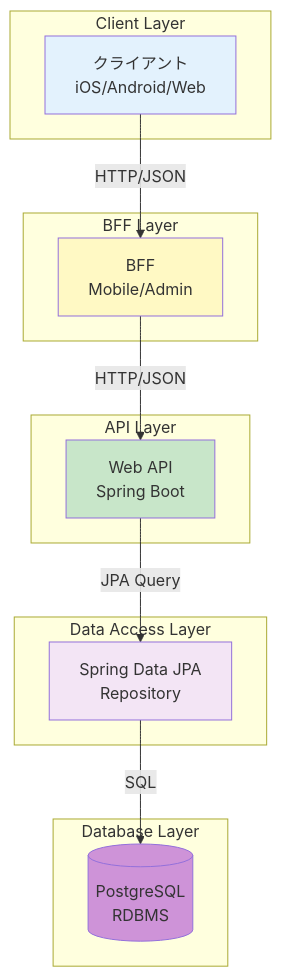
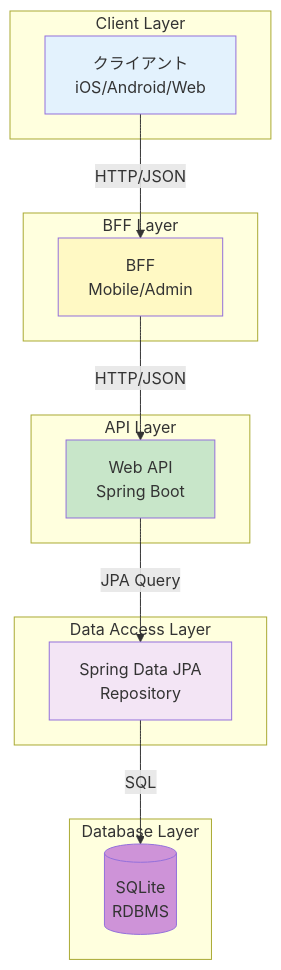
Before and after one commit to Takas0522/ws-demo-mobile-app: the first of 4 diagrams in docs/architecture/03-data-architecture.md, drawn with Mermaid. The commit also changed other lines of this file and 42 other files, not shown here.

First line of the commit message:
docs: update all PostgreSQL references to SQLite

````diff
--- a/docs/architecture/03-data-architecture.md
+++ b/docs/architecture/03-data-architecture.md
@@ -32,33 +32,33 @@
 ```mermaid
 graph TD
     subgraph "Client Layer"
         Client[クライアント<br/>iOS/Android/Web]
     end
     
     subgraph "BFF Layer"
         BFF[BFF<br/>Mobile/Admin]
     end
     
     subgraph "API Layer"
         API[Web API<br/>Spring Boot]
     end
     
     subgraph "Data Access Layer"
         JPA[Spring Data JPA<br/>Repository]
     end
     
     subgraph "Database Layer"
-        DB[(PostgreSQL<br/>RDBMS)]
+        DB[(SQLite<br/>RDBMS)]
     end
     
     Client -->|HTTP/JSON| BFF
     BFF -->|HTTP/JSON| API
     API -->|JPA Query| JPA
     JPA -->|SQL| DB
     
     style Client fill:#e3f2fd
     style BFF fill:#fff9c4
     style API fill:#c8e6c9
     style JPA fill:#f3e5f5
     style DB fill:#ce93d8
 ```
````
